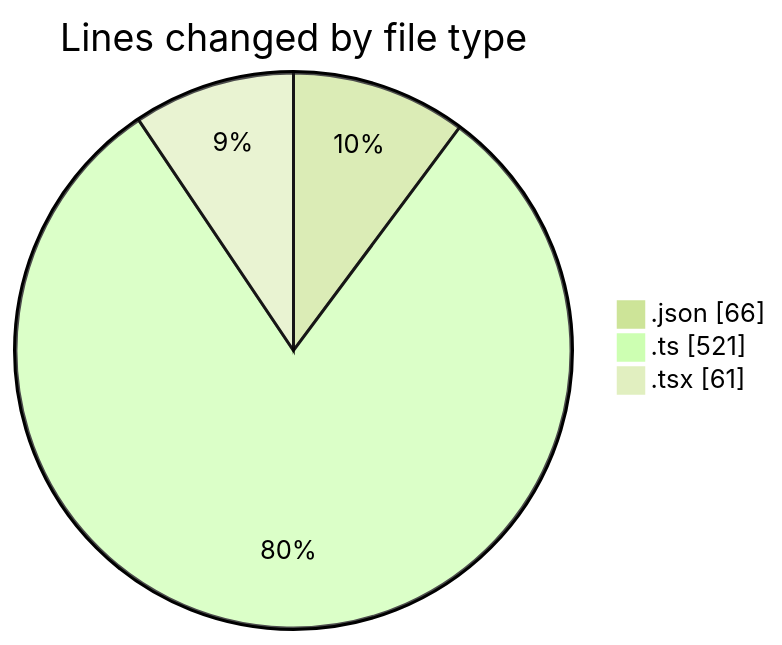
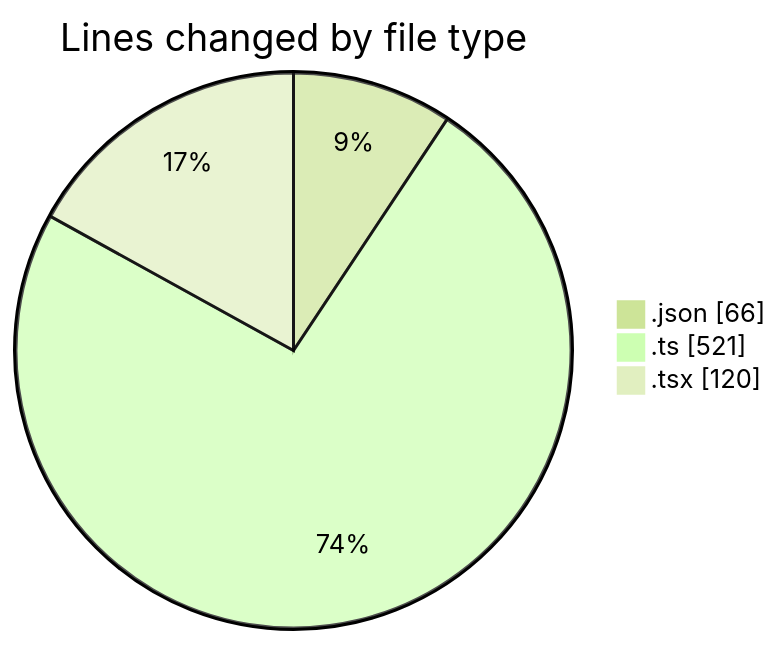
One commit to momahboobian/code-tracking changed the first of 2 diagrams in 2025-05-09/cda/README.md. Above: the diagram before and after it, drawn with Mermaid (forest theme). The commit also changed other lines of this file and 1 other file, not shown here.

````diff
--- a/2025-05-09/cda/README.md
+++ b/2025-05-09/cda/README.md
@@ -23,7 +24,7 @@
 ```mermaid
 pie showData
 title Lines changed by file type
 ".json" : 66
 ".ts" : 521
-".tsx" : 61
+".tsx" : 120
 ```
````
